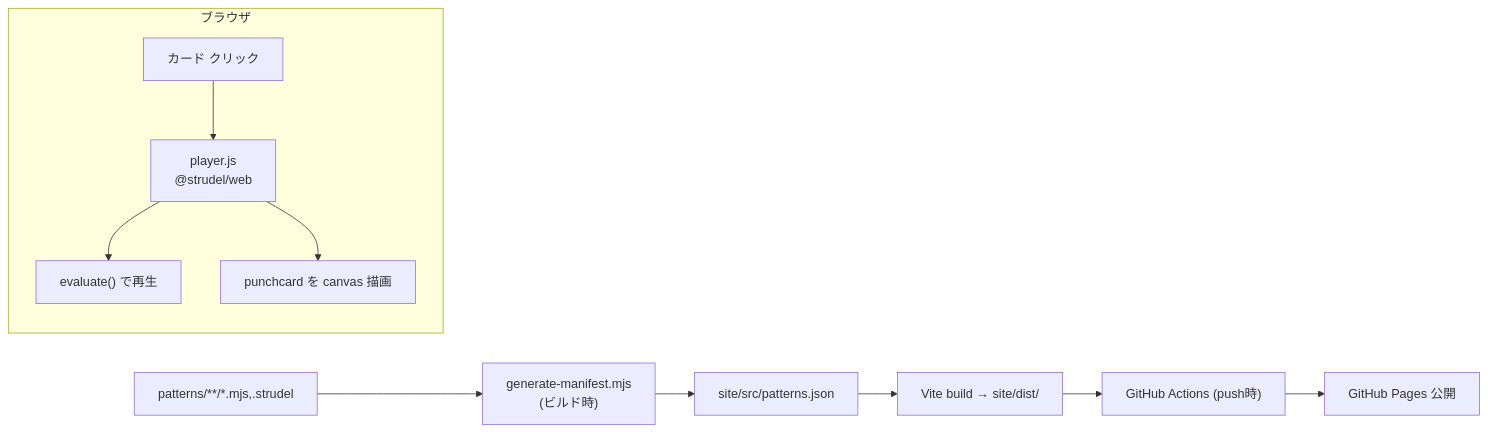
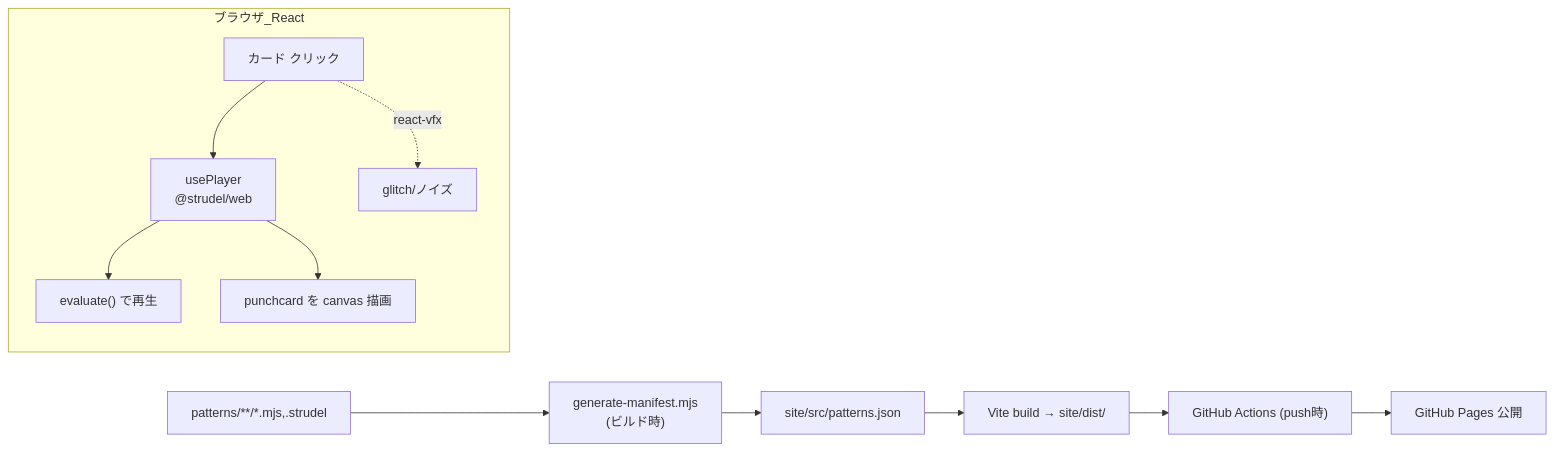
The diagram in docs/superpowers/specs/2026-06-29-strudel-gallery-site-design.md (syokenn334/not-create), drawn with Mermaid before and after one commit. The commit also changed other lines of this file, not shown here.

Commit message:
docs: switch gallery spec to React + Vite + react-vfx, add CRT visual design

````diff
--- a/docs/superpowers/specs/2026-06-29-strudel-gallery-site-design.md
+++ b/docs/superpowers/specs/2026-06-29-strudel-gallery-site-design.md
@@ -24,14 +27,15 @@
 ```mermaid
 flowchart LR
     P["patterns/**/*.mjs,.strudel"] --> G["generate-manifest.mjs<br/>(ビルド時)"]
     G --> M["site/src/patterns.json"]
     M --> V["Vite build → site/dist/"]
     V --> A["GitHub Actions (push時)"]
     A --> Pages["GitHub Pages 公開"]
 
-    subgraph ブラウザ
-      Card["カード クリック"] --> Player["player.js<br/>@strudel/web"]
+    subgraph ブラウザ_React
+      Card["カード クリック"] --> Player["usePlayer<br/>@strudel/web"]
       Player --> Audio["evaluate() で再生"]
       Player --> Canvas["punchcard を canvas 描画"]
+      Card -. "react-vfx" .-> VFX["glitch/ノイズ"]
     end
 ```
````
